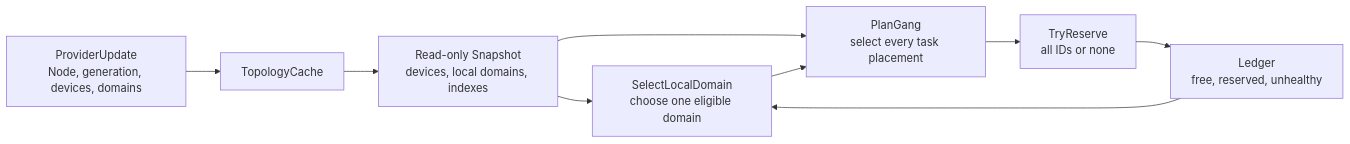
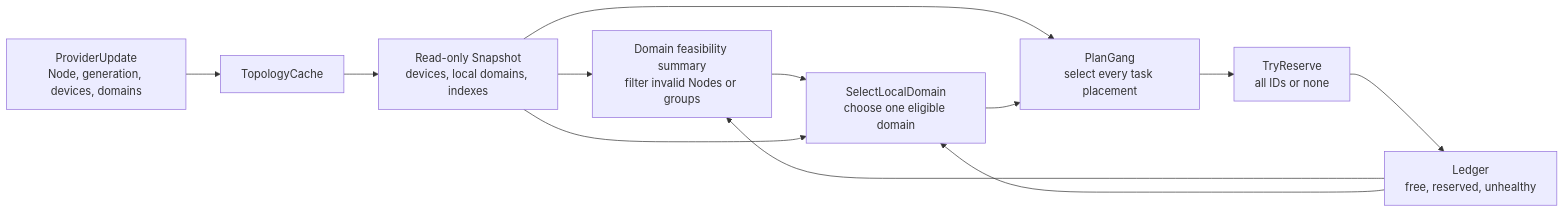
The second of 3 diagrams in pkg/scheduler/plugins/xputopology/README.md (miantalha45/volcano), drawn with Mermaid before and after one commit. The commit also changed other lines of this file and 3 other files, not shown here.

````diff
--- a/pkg/scheduler/plugins/xputopology/README.md
+++ b/pkg/scheduler/plugins/xputopology/README.md
@@ -34,19 +34,23 @@
 ```mermaid
 flowchart LR
     Update[ProviderUpdate\nNode, generation, devices, domains]
     Cache[TopologyCache]
     Snapshot[Read-only Snapshot\ndevices, local domains, indexes]
+    Summary[Domain feasibility summary\nfilter invalid Nodes or groups]
     Select[SelectLocalDomain\nchoose one eligible domain]
     Plan[PlanGang\nselect every task placement]
     Ledger[Ledger\nfree, reserved, unhealthy]
     Reserve[TryReserve\nall IDs or none]
 
     Update --> Cache
     Cache --> Snapshot
+    Snapshot --> Summary
+    Ledger --> Summary
+    Summary --> Select
     Snapshot --> Select
     Snapshot --> Plan
     Select --> Plan
     Ledger --> Select
     Plan --> Reserve
     Reserve --> Ledger
 ```
````
